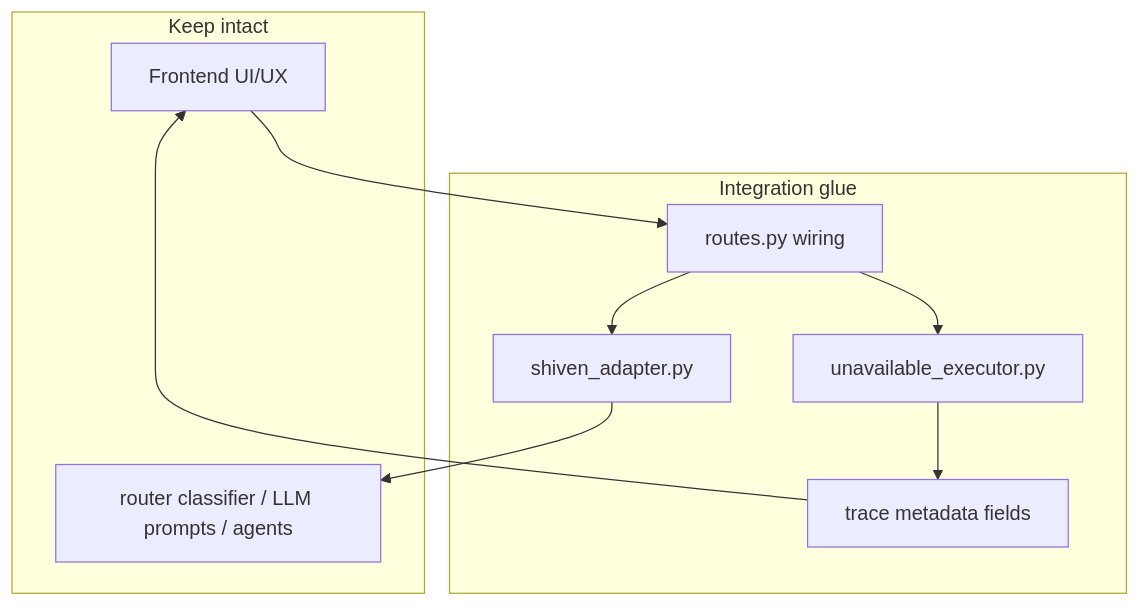
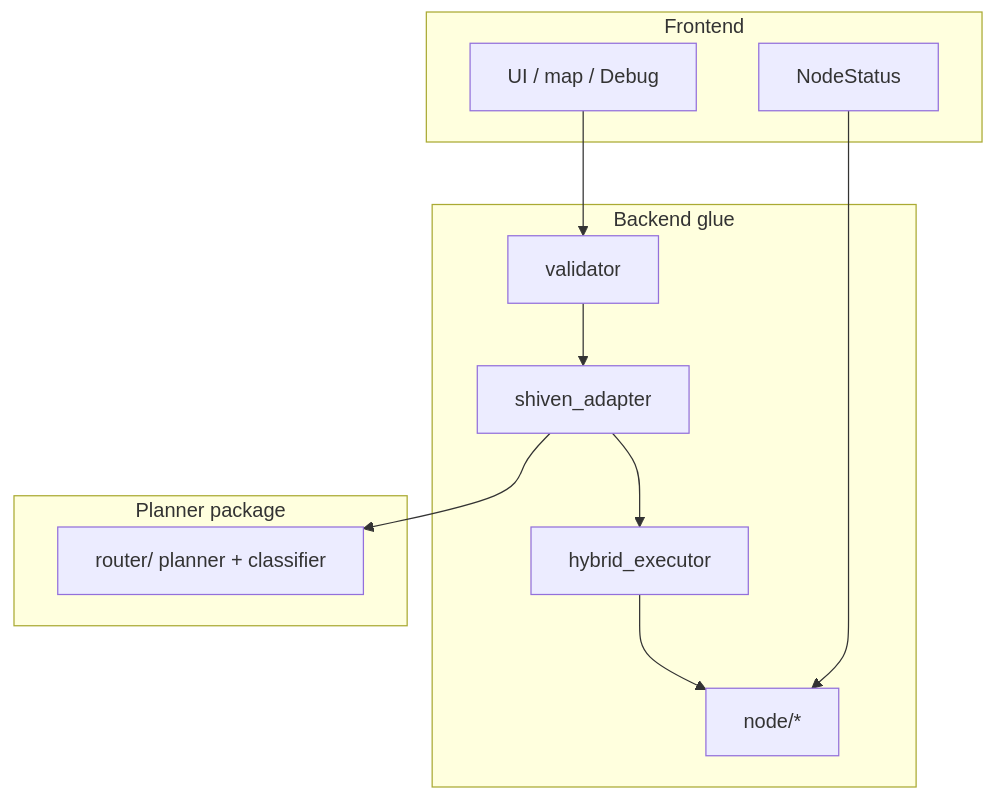
Before and after one commit to Krishu-24/SAT_Query: the fifth of 6 diagrams in docs/ARCHITECTURE.md, drawn with Mermaid. The commit also changed other lines of this file and 7 other files, not shown here.

````diff
--- a/docs/ARCHITECTURE.md
+++ b/docs/ARCHITECTURE.md
@@ -134,19 +165,22 @@
 ```mermaid
 flowchart TB
-  subgraph keep_untouched [Keep intact]
-    FECORE[Frontend UI/UX]
-    RTCORE[router classifier / LLM prompts / agents]
+  subgraph ui [Frontend]
+    FECORE[UI / map / Debug]
+    NS[NodeStatus]
   end
-  subgraph glue [Integration glue]
-    AD2[shiven_adapter.py]
-    UN2[unavailable_executor.py]
-    RT2[routes.py wiring]
-    TRACE2[trace metadata fields]
+  subgraph be [Backend glue]
+    VAL2[validator]
+    AD2[shiven_adapter]
+    HY2[hybrid_executor]
+    NODE2[node/*]
   end
-  FECORE --> RT2
-  RT2 --> AD2
+  subgraph keep [Planner package]
+    RTCORE[router/ planner + classifier]
+  end
+  FECORE --> VAL2
+  VAL2 --> AD2
   AD2 --> RTCORE
-  RT2 --> UN2
-  UN2 --> TRACE2
-  TRACE2 --> FECORE
+  AD2 --> HY2
+  HY2 --> NODE2
+  NS --> NODE2
 ```
````
